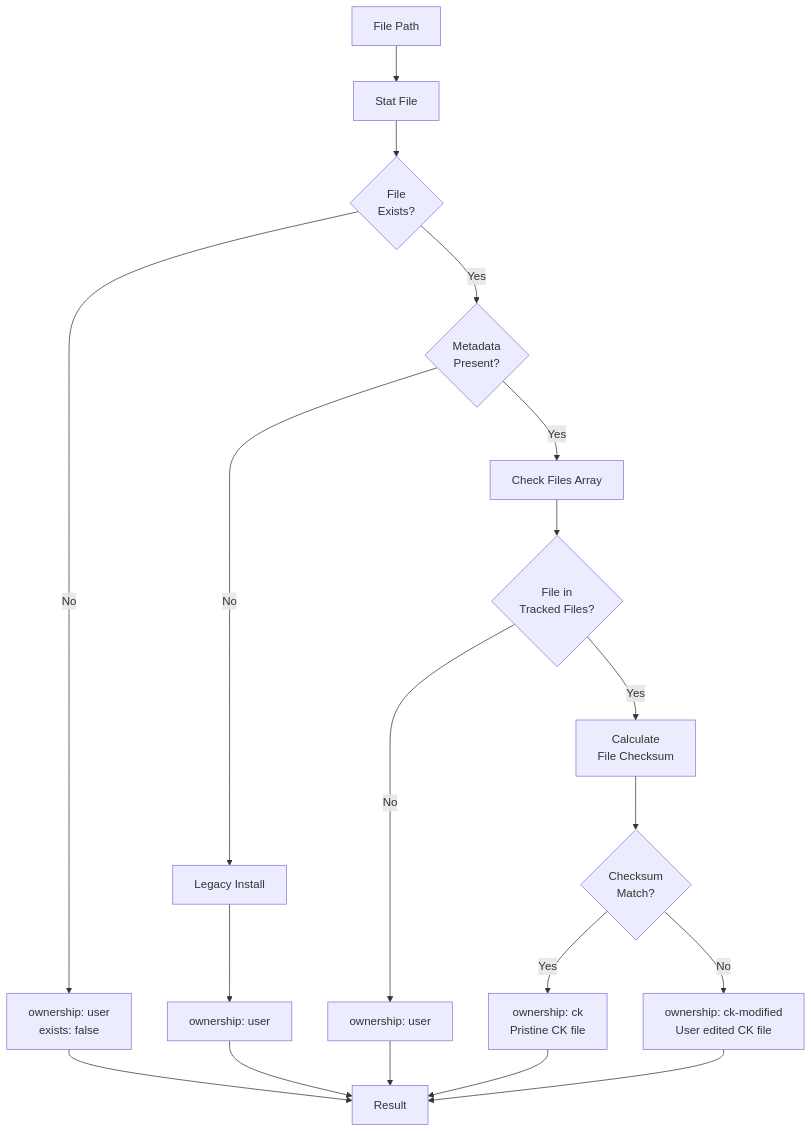
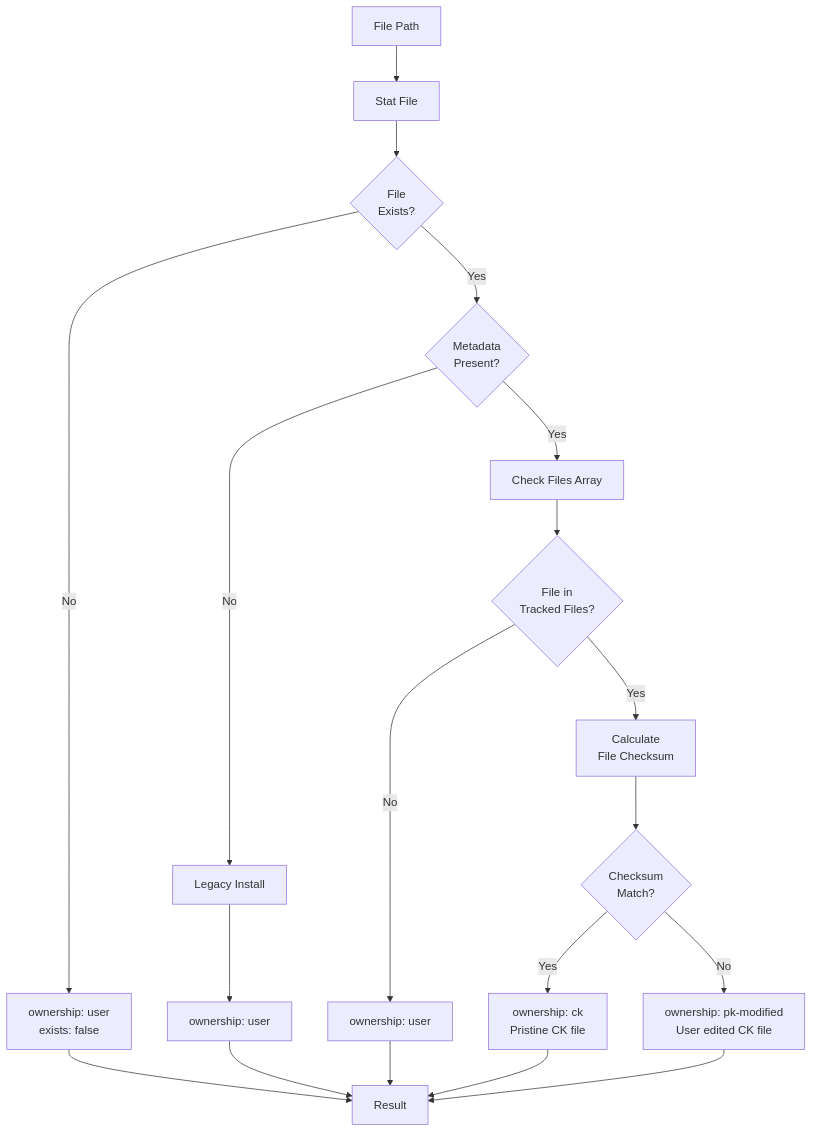
One commit to sagozen/pankit-cli changed the seventh of 12 diagrams in docs/ck-command-flow-guide.md. Above: the diagram before and after it, drawn with Mermaid. The commit also changed other lines of this file and 275 other files, not shown here.

````diff
--- a/docs/ck-command-flow-guide.md
+++ b/docs/ck-command-flow-guide.md
@@ -378,21 +378,21 @@
 ```mermaid
 flowchart TD
     A["File Path"] --> B["Stat File"]
     B --> C{"File<br/>Exists?"}
     C -->|No| D["ownership: user<br/>exists: false"]
     C -->|Yes| E{"Metadata<br/>Present?"}
     E -->|No| F["Legacy Install"]
     E -->|Yes| G["Check Files Array"]
     F --> H["ownership: user"]
     G --> I{"File in<br/>Tracked Files?"}
     I -->|No| J["ownership: user"]
     I -->|Yes| K["Calculate<br/>File Checksum"]
     K --> L{"Checksum<br/>Match?"}
     L -->|Yes| M["ownership: ck<br/>Pristine CK file"]
-    L -->|No| N["ownership: ck-modified<br/>User edited CK file"]
+    L -->|No| N["ownership: pk-modified<br/>User edited CK file"]
     D --> O["Result"]
     H --> O
     J --> O
     M --> O
     N --> O
 ```
````
